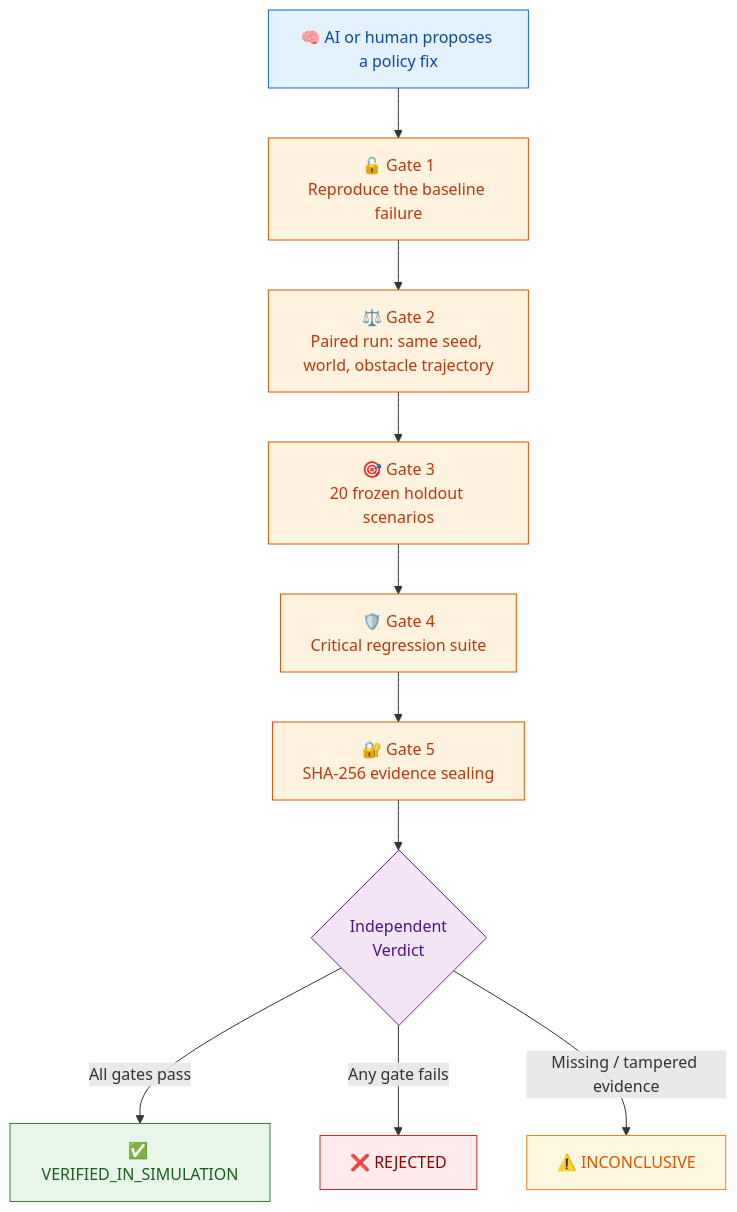
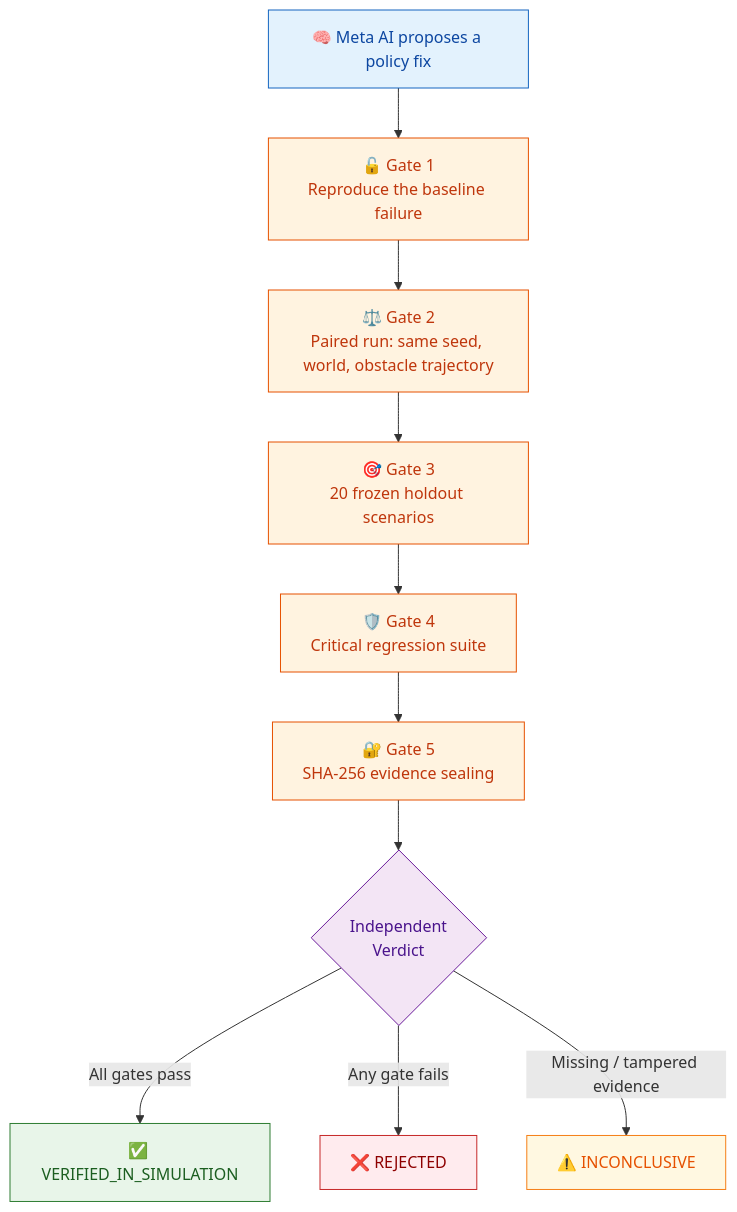
One commit to Pentexa/robowitness changed the first of 2 diagrams in README.md. Above: the diagram before and after it, drawn with Mermaid. The commit also changed other lines of this file, not shown here.

Commit message:
docs: emphasize Meta AI across README (powered-by section, roles, features, API)

````diff
--- a/README.md
+++ b/README.md
@@ -163,23 +179,23 @@
 ```mermaid
 flowchart TD
-    A["🧠 AI or human proposes a policy fix"] --> B["🔓 Gate 1<br/>Reproduce the baseline failure"]
+    A["🧠 Meta AI proposes a policy fix"] --> B["🔓 Gate 1<br/>Reproduce the baseline failure"]
     B --> C["⚖️ Gate 2<br/>Paired run: same seed, world, obstacle trajectory"]
     C --> D["🎯 Gate 3<br/>20 frozen holdout scenarios"]
     D --> E["🛡️ Gate 4<br/>Critical regression suite"]
     E --> F["🔐 Gate 5<br/>SHA-256 evidence sealing"]
     F --> G{"Independent<br/>Verdict"}
     G -->|All gates pass| H["✅ VERIFIED_IN_SIMULATION"]
     G -->|Any gate fails| I["❌ REJECTED"]
     G -->|Missing / tampered evidence| J["⚠️ INCONCLUSIVE"]
 
     style A fill:#e3f2fd,stroke:#1565c0,color:#0d47a1
     style B fill:#fff3e0,stroke:#e65100,color:#bf360c
     style C fill:#fff3e0,stroke:#e65100,color:#bf360c
     style D fill:#fff3e0,stroke:#e65100,color:#bf360c
     style E fill:#fff3e0,stroke:#e65100,color:#bf360c
     style F fill:#fff3e0,stroke:#e65100,color:#bf360c
     style G fill:#f3e5f5,stroke:#6a1b9a,color:#4a148c
     style H fill:#e8f5e9,stroke:#2e7d32,color:#1b5e20
     style I fill:#ffebee,stroke:#c62828,color:#8e0000
     style J fill:#fff8e1,stroke:#f57f17,color:#e65100
 ```
````
